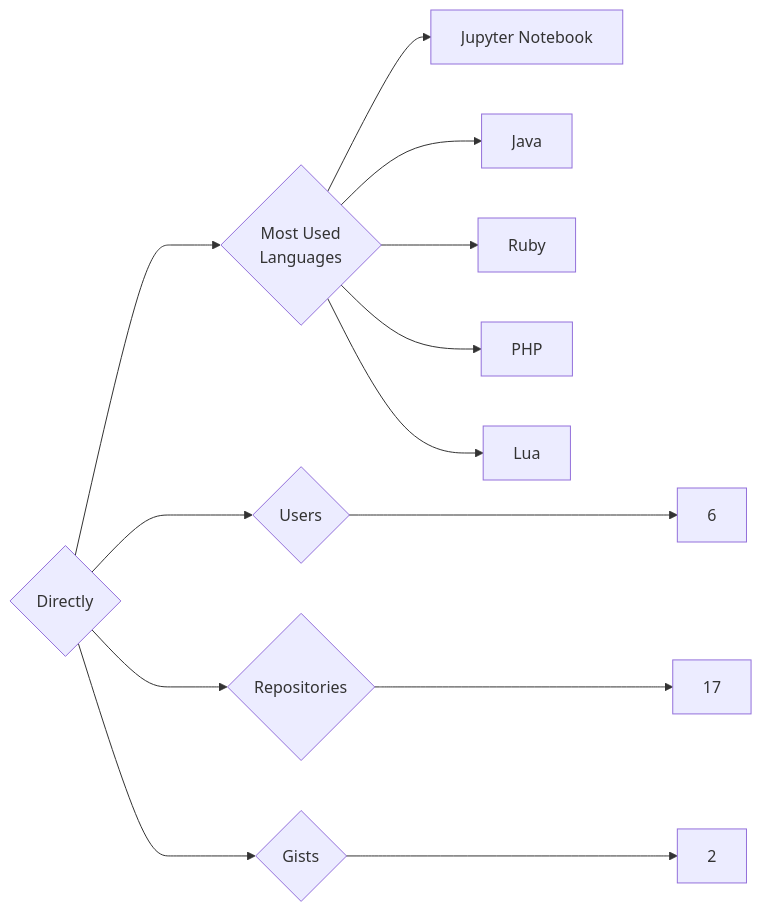
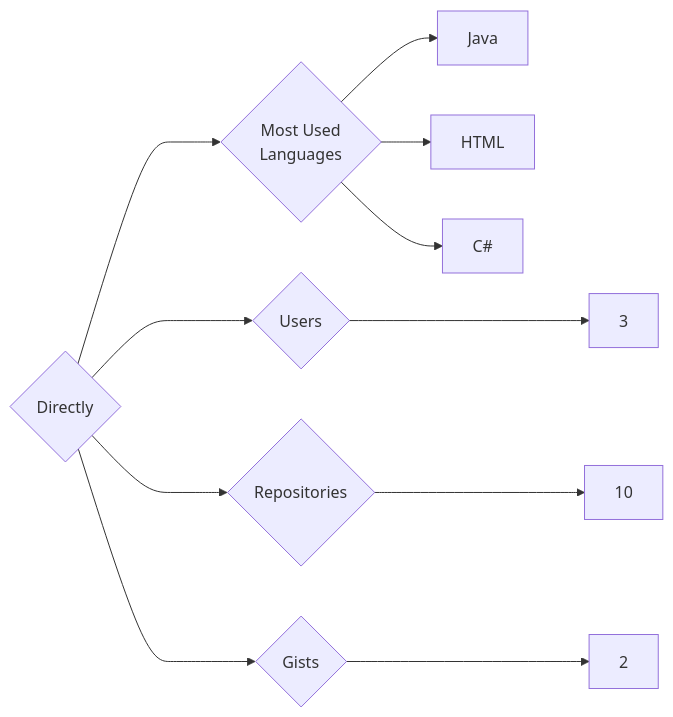
One commit to trickest/insiders changed the diagram in targets/Directly/README.md. Above: the diagram before and after it, drawn with Mermaid. The commit also changed 880 other files, not shown here.

````diff
--- a/targets/Directly/README.md
+++ b/targets/Directly/README.md
@@ -3,13 +3,11 @@
 ```mermaid
 graph LR
 COMPANY_NAME{Directly}
-COMPANY_NAME ---> U{Users} ---> UN[6]
-COMPANY_NAME ---> R{Repositories} ---> RN[17]
+COMPANY_NAME ---> U{Users} ---> UN[3]
+COMPANY_NAME ---> R{Repositories} ---> RN[10]
 COMPANY_NAME ---> G{Gists} ---> GN[2]
 COMPANY_NAME ---> ML{Most Used<br>Languages}
-ML --> Jupyter_Notebook[Jupyter Notebook]
 ML --> Java[Java]
-ML --> Ruby[Ruby]
-ML --> PHP[PHP]
-ML --> Lua[Lua]
+ML --> HTML[HTML]
+ML --> C#[C#]
 ```
````
